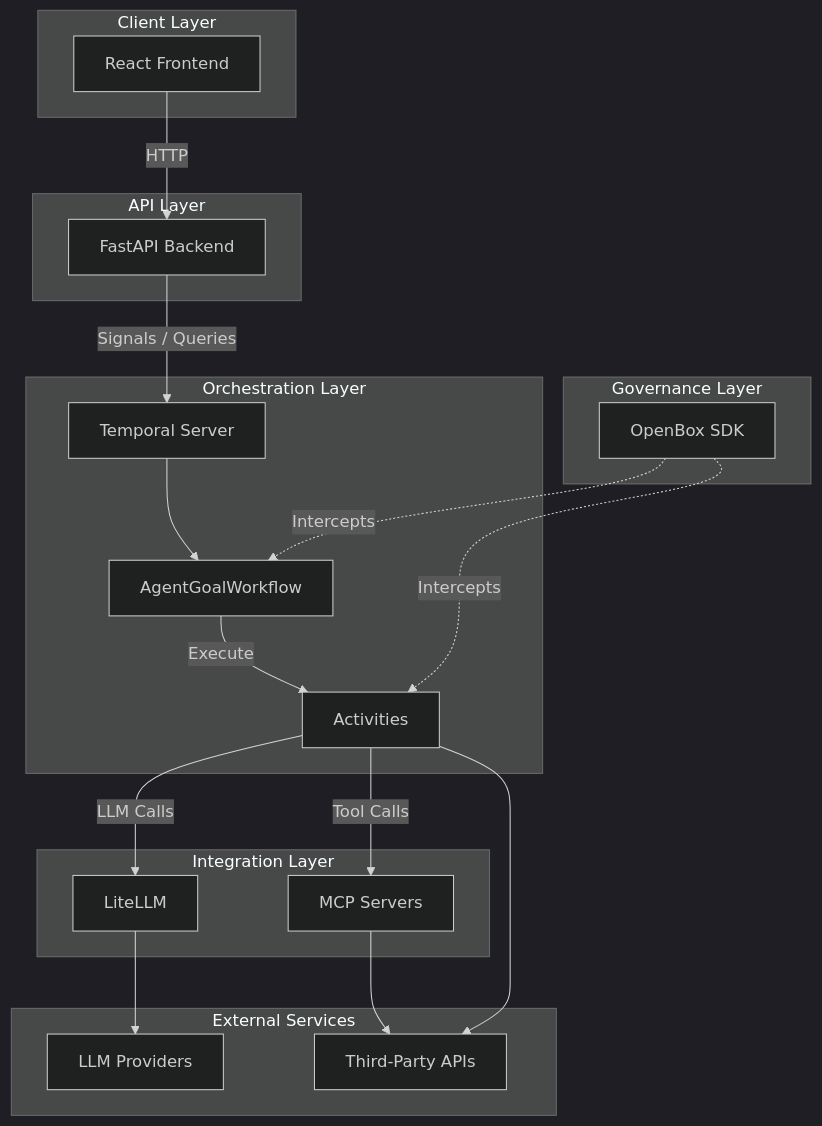
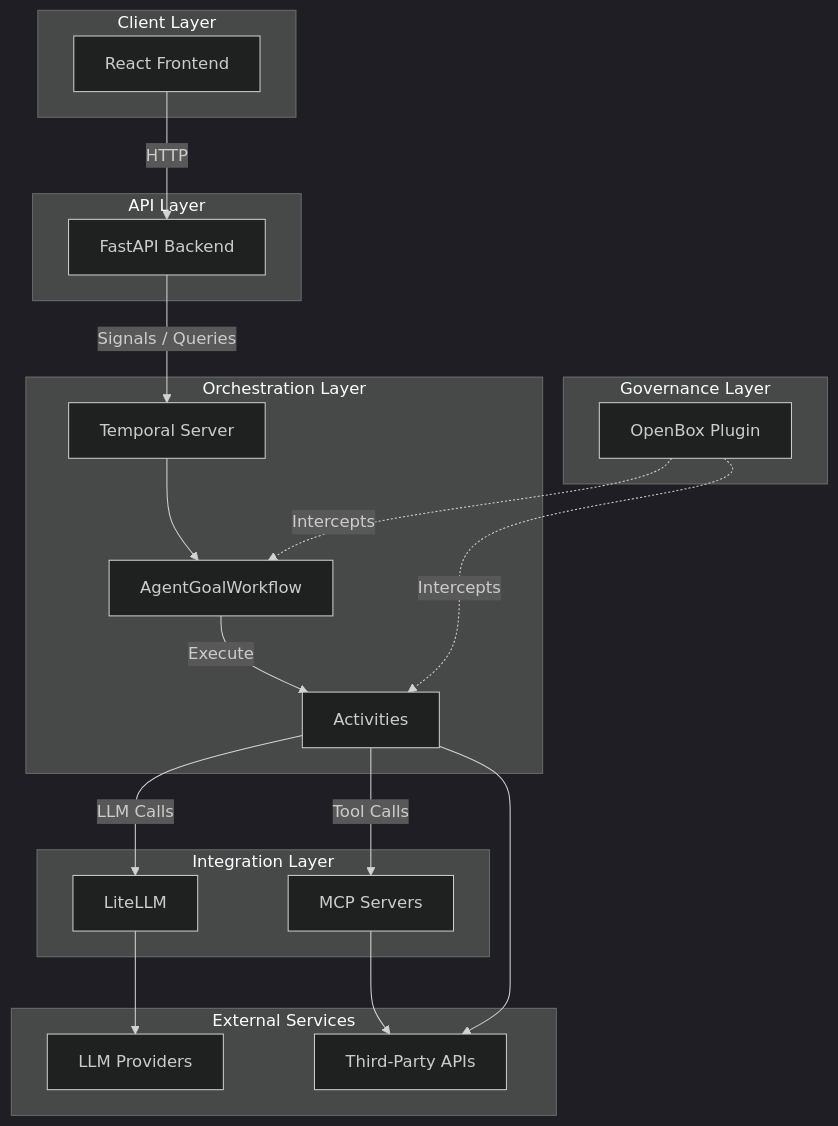
The first of 2 diagrams in website/docs/developer-guide/temporal-python/demo-architecture.md (OpenBox-AI/openbox-document), drawn with Mermaid (dark theme) before and after one commit. The commit also changed other lines of this file and 14 other files, not shown here.

First line of the commit message:
docs: migrate Temporal integration from SDK wrapper to OpenBoxPlugin

````diff
--- a/website/docs/developer-guide/temporal-python/demo-architecture.md
+++ b/website/docs/developer-guide/temporal-python/demo-architecture.md
@@ -19,42 +19,42 @@
 ```mermaid
 graph TB
     subgraph "Client Layer"
         UI[React Frontend]
     end
 
     subgraph "API Layer"
         API[FastAPI Backend]
     end
 
     subgraph "Orchestration Layer"
         TEMPORAL[Temporal Server]
         WF[AgentGoalWorkflow]
         ACT[Activities]
     end
 
     subgraph "Integration Layer"
         LLM[LiteLLM]
         MCP[MCP Servers]
     end
 
     subgraph "Governance Layer"
-        OBX[OpenBox SDK]
+        OBX[OpenBox Plugin]
     end
 
     subgraph "External Services"
         PROVIDERS[LLM Providers]
         APIS[Third-Party APIs]
     end
 
     UI -->|HTTP| API
     API -->|Signals / Queries| TEMPORAL
     TEMPORAL --> WF
     WF -->|Execute| ACT
     ACT -->|LLM Calls| LLM
     ACT -->|Tool Calls| MCP
     LLM --> PROVIDERS
     MCP --> APIS
     ACT --> APIS
     OBX -.->|Intercepts| WF
     OBX -.->|Intercepts| ACT
 ```
````
